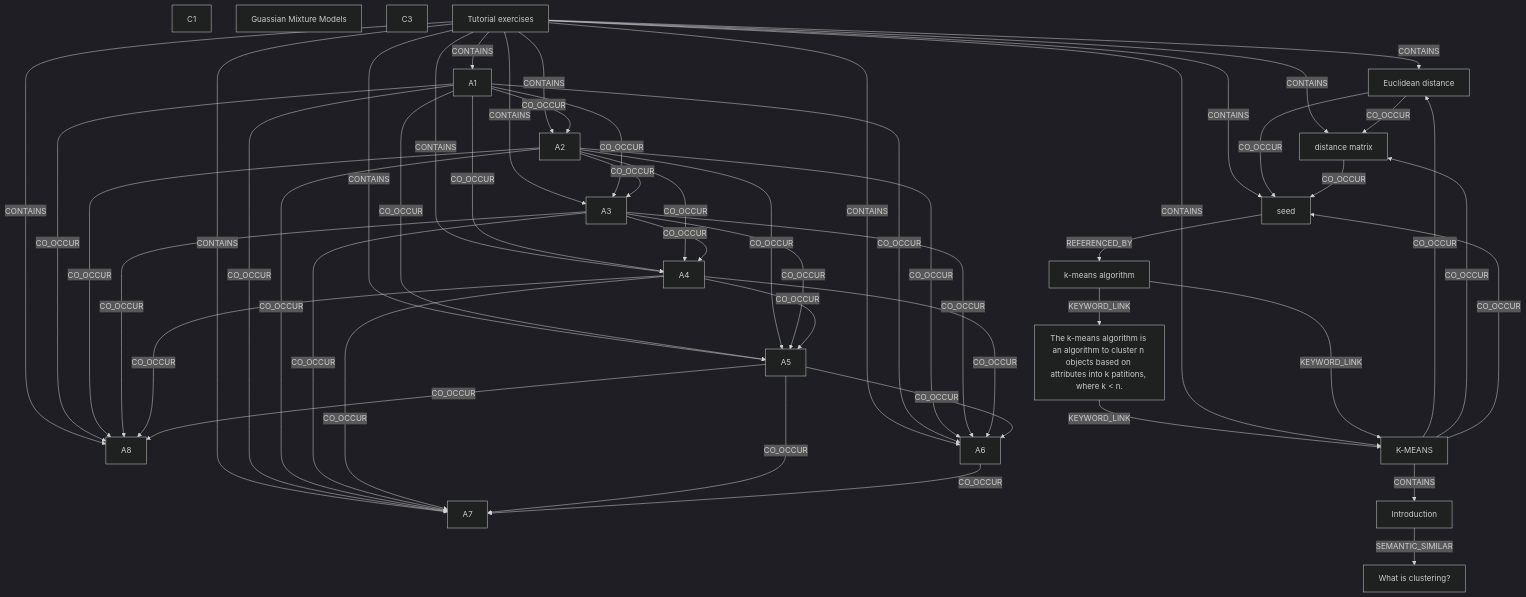
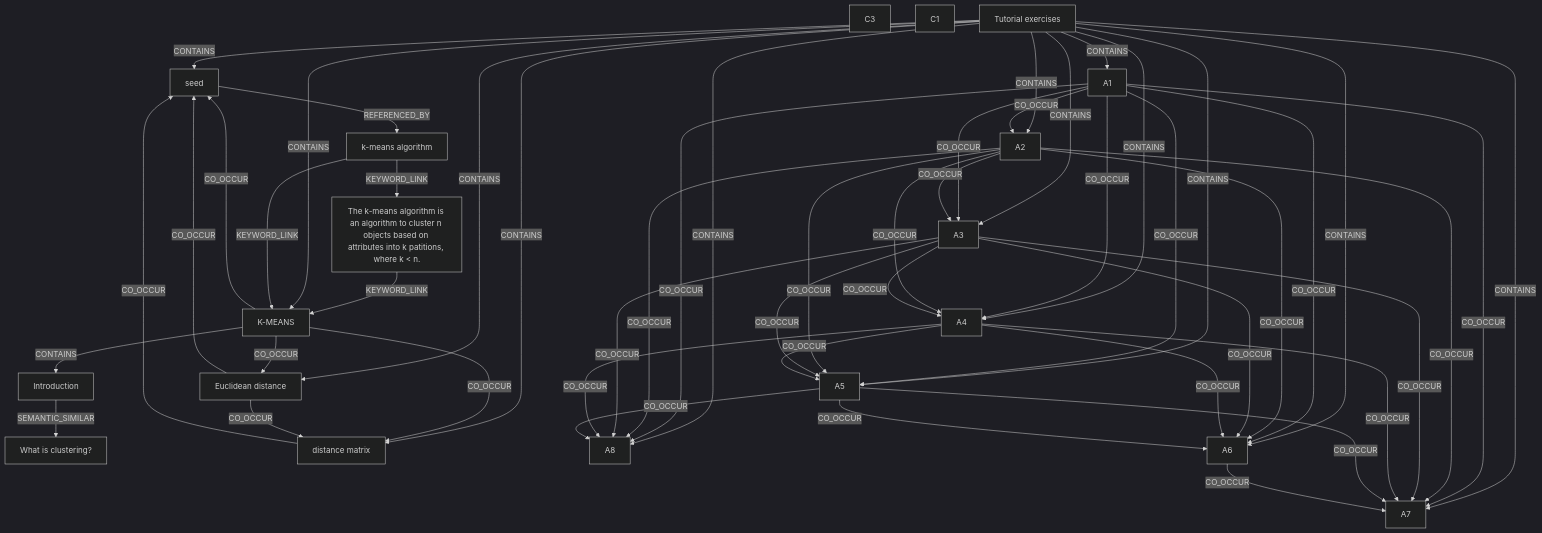
One commit to ankit-sengupta05/cyborg changed the diagram in AI_OS/Ontology/Ontology_Clustering.md. Above: the diagram before and after it, drawn with Mermaid (dark theme). The commit also changed other lines of this file and 13 other files, not shown here.

````diff
--- a/AI_OS/Ontology/Ontology_Clustering.md
+++ b/AI_OS/Ontology/Ontology_Clustering.md
@@ -26,73 +26,72 @@
 ```mermaid
 graph TD
-    n0["C1"]
-    n1["What is clustering?"]
-    n2["Euclidean distance"]
-    n3["A8"]
-    n4["A7"]
-    n5["Guassian Mixture Models"]
-    n6["A1"]
-    n7["A3"]
-    n8["A6"]
-    n9["A2"]
-    n10["k-means algorithm"]
-    n11["C3"]
-    n12["Introduction"]
-    n13["K-MEANS"]
-    n14["distance matrix"]
-    n15["Tutorial exercises"]
-    n16["The k-means algorithm is an algorithm to cluster n objects based on attributes into k patitions, where k < n."]
-    n17["A4"]
-    n18["A5"]
-    n19["seed"]
-    n13 -->|CONTAINS| n12
-    n12 -->|SEMANTIC_SIMILAR| n1
-    n16 -->|KEYWORD_LINK| n13
-    n15 -->|CONTAINS| n13
-    n15 -->|CONTAINS| n2
-    n15 -->|CONTAINS| n14
-    n15 -->|CONTAINS| n19
-    n13 -->|CO_OCCUR| n2
-    n13 -->|CO_OCCUR| n14
-    n13 -->|CO_OCCUR| n19
-    n2 -->|CO_OCCUR| n14
-    n2 -->|CO_OCCUR| n19
-    n14 -->|CO_OCCUR| n19
-    n10 -->|KEYWORD_LINK| n13
-    n10 -->|KEYWORD_LINK| n16
-    n19 -->|REFERENCED_BY| n10
-    n15 -->|CONTAINS| n6
-    n15 -->|CONTAINS| n9
-    n15 -->|CONTAINS| n7
-    n15 -->|CONTAINS| n17
-    n15 -->|CONTAINS| n18
-    n15 -->|CONTAINS| n8
-    n15 -->|CONTAINS| n4
-    n15 -->|CONTAINS| n3
-    n6 -->|CO_OCCUR| n9
-    n6 -->|CO_OCCUR| n7
-    n6 -->|CO_OCCUR| n17
-    n6 -->|CO_OCCUR| n18
-    n6 -->|CO_OCCUR| n8
-    n6 -->|CO_OCCUR| n4
-    n6 -->|CO_OCCUR| n3
-    n9 -->|CO_OCCUR| n7
-    n9 -->|CO_OCCUR| n17
-    n9 -->|CO_OCCUR| n18
-    n9 -->|CO_OCCUR| n8
-    n9 -->|CO_OCCUR| n4
-    n9 -->|CO_OCCUR| n3
-    n7 -->|CO_OCCUR| n17
-    n7 -->|CO_OCCUR| n18
-    n7 -->|CO_OCCUR| n8
-    n7 -->|CO_OCCUR| n4
-    n7 -->|CO_OCCUR| n3
-    n17 -->|CO_OCCUR| n18
-    n17 -->|CO_OCCUR| n8
+    n0["What is clustering?"]
+    n1["seed"]
+    n2["A1"]
+    n3["Introduction"]
+    n4["distance matrix"]
+    n5["A2"]
+    n6["A7"]
+    n7["The k-means algorithm is an algorithm to cluster n objects based on attributes into k patitions, where k < n."]
+    n8["k-means algorithm"]
+    n9["A4"]
+    n10["C3"]
+    n11["A8"]
+    n12["A5"]
+    n13["A6"]
+    n14["C1"]
+    n15["A3"]
+    n16["Tutorial exercises"]
+    n17["Euclidean distance"]
+    n18["K-MEANS"]
+    n18 -->|CONTAINS| n3
+    n3 -->|SEMANTIC_SIMILAR| n0
+    n7 -->|KEYWORD_LINK| n18
+    n16 -->|CONTAINS| n18
+    n16 -->|CONTAINS| n17
+    n16 -->|CONTAINS| n4
+    n16 -->|CONTAINS| n1
+    n18 -->|CO_OCCUR| n17
+    n18 -->|CO_OCCUR| n4
+    n18 -->|CO_OCCUR| n1
     n17 -->|CO_OCCUR| n4
-    n17 -->|CO_OCCUR| n3
-    n18 -->|CO_OCCUR| n8
-    n18 -->|CO_OCCUR| n4
-    n18 -->|CO_OCCUR| n3
-    n8 -->|CO_OCCUR| n4
+    n17 -->|CO_OCCUR| n1
+    n4 -->|CO_OCCUR| n1
+    n8 -->|KEYWORD_LINK| n18
+    n8 -->|KEYWORD_LINK| n7
+    n1 -->|REFERENCED_BY| n8
+    n16 -->|CONTAINS| n2
+    n16 -->|CONTAINS| n5
+    n16 -->|CONTAINS| n15
+    n16 -->|CONTAINS| n9
+    n16 -->|CONTAINS| n12
+    n16 -->|CONTAINS| n13
+    n16 -->|CONTAINS| n6
+    n16 -->|CONTAINS| n11
+    n2 -->|CO_OCCUR| n5
+    n2 -->|CO_OCCUR| n15
+    n2 -->|CO_OCCUR| n9
+    n2 -->|CO_OCCUR| n12
+    n2 -->|CO_OCCUR| n13
+    n2 -->|CO_OCCUR| n6
+    n2 -->|CO_OCCUR| n11
+    n5 -->|CO_OCCUR| n15
+    n5 -->|CO_OCCUR| n9
+    n5 -->|CO_OCCUR| n12
+    n5 -->|CO_OCCUR| n13
+    n5 -->|CO_OCCUR| n6
+    n5 -->|CO_OCCUR| n11
+    n15 -->|CO_OCCUR| n9
+    n15 -->|CO_OCCUR| n12
+    n15 -->|CO_OCCUR| n13
+    n15 -->|CO_OCCUR| n6
+    n15 -->|CO_OCCUR| n11
+    n9 -->|CO_OCCUR| n12
+    n9 -->|CO_OCCUR| n13
+    n9 -->|CO_OCCUR| n6
+    n9 -->|CO_OCCUR| n11
+    n12 -->|CO_OCCUR| n13
+    n12 -->|CO_OCCUR| n6
+    n12 -->|CO_OCCUR| n11
+    n13 -->|CO_OCCUR| n6
 ```
````
